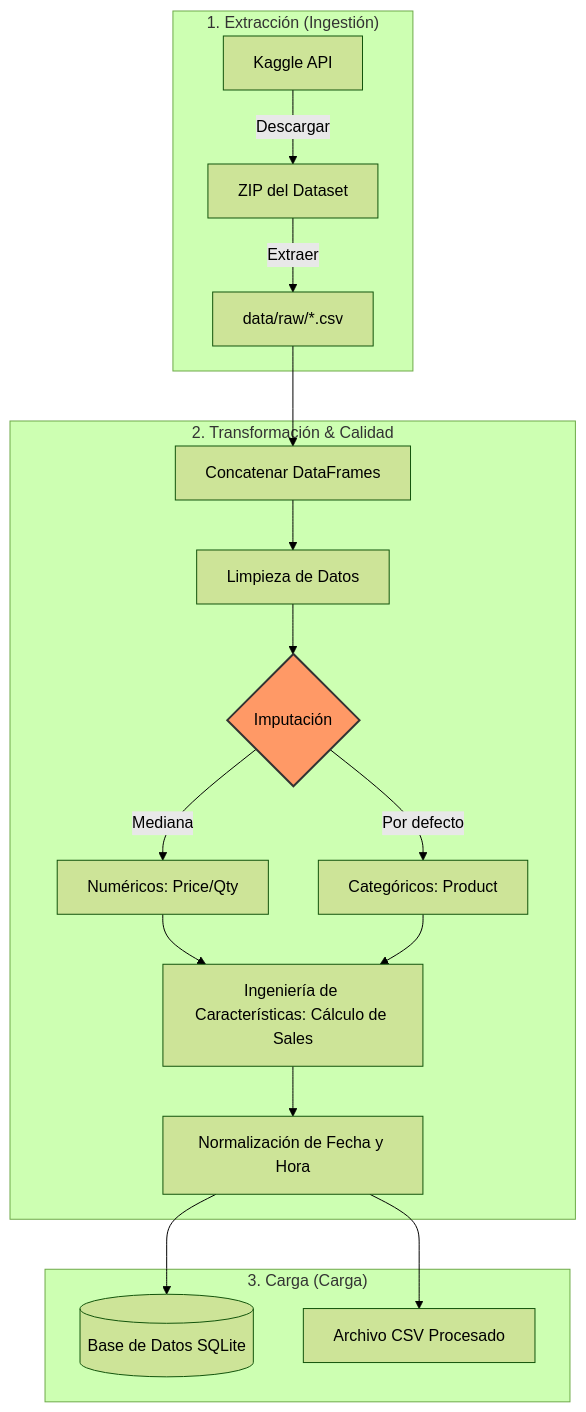
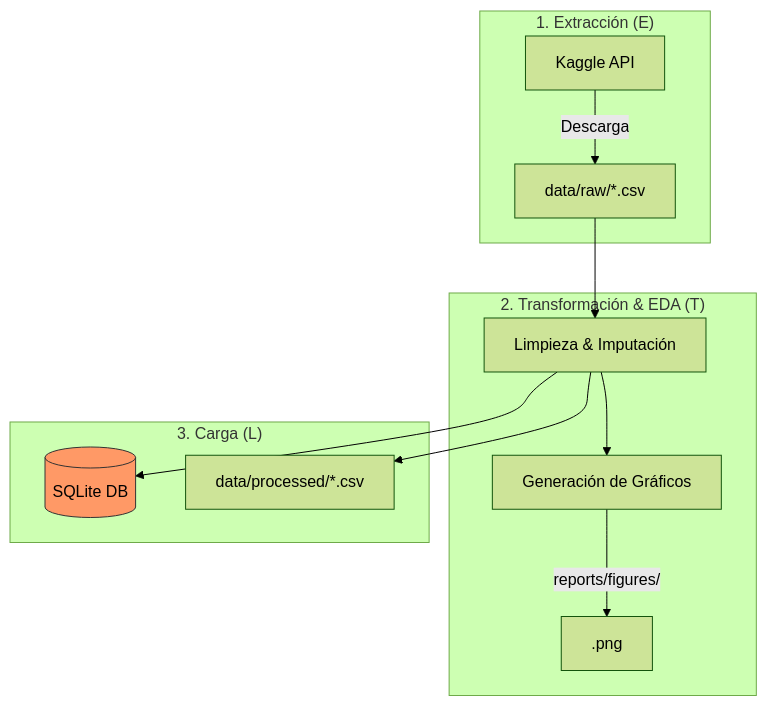
One commit to Josue-Ribero/SaleSight changed the diagram in README.md. Above: the diagram before and after it, drawn with Mermaid (forest theme). The commit also changed other lines of this file, not shown here.

Commit message:
Readme actualizado con estructura de carpetas y diagramas

````diff
--- a/README.md
+++ b/README.md
@@ -15,25 +15,19 @@
 ```mermaid
 graph TD
-    subgraph "1. Extracción (Ingestión)"
-        A[Kaggle API] -->|Descargar| B[ZIP del Dataset]
-        B -->|Extraer| C[data/raw/*.csv]
+    subgraph "1. Extracción (E)"
+        A[Kaggle API] -->|Descarga| B[data/raw/*.csv]
     end
 
-    subgraph "2. Transformación & Calidad"
-        C --> D[Concatenar DataFrames]
-        D --> E[Limpieza de Datos]
-        E --> F{Imputación}
-        F -->|Mediana| G[Numéricos: Price/Qty]
-        F -->|Por defecto| H[Categóricos: Product]
-        G --> I[Ingeniería de Características: Cálculo de Sales]
-        H --> I
-        I --> J[Normalización de Fecha y Hora]
+    subgraph "2. Transformación & EDA (T)"
+        B --> C[Limpieza & Imputación]
+        C --> D[Generación de Gráficos]
+        D -->|reports/figures/| E[.png]
     end
 
-    subgraph "3. Carga (Carga)"
-        J --> K[(Base de Datos SQLite)]
-        J --> L[Archivo CSV Procesado]
+    subgraph "3. Carga (L)"
+        C --> F[(SQLite DB)]
+        C --> G[data/processed/*.csv]
     end
 
-    style F fill:#f96,stroke:#333,stroke-width:2px
+    style F fill:#f96,stroke:#333
 ```
````
